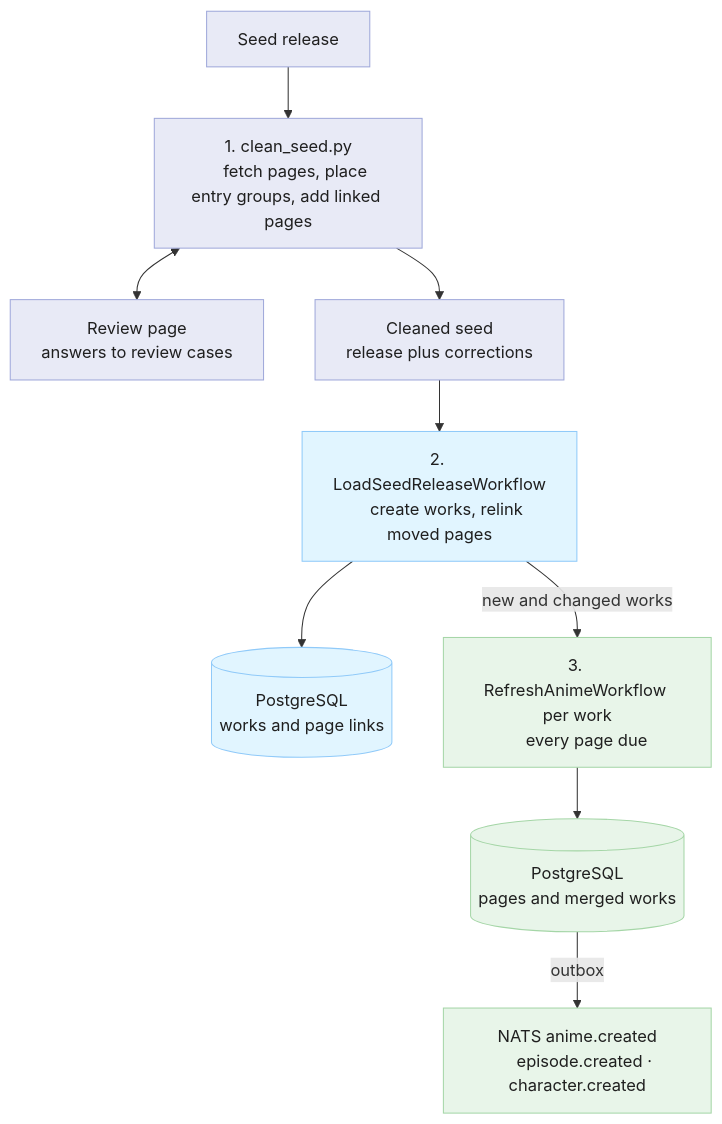
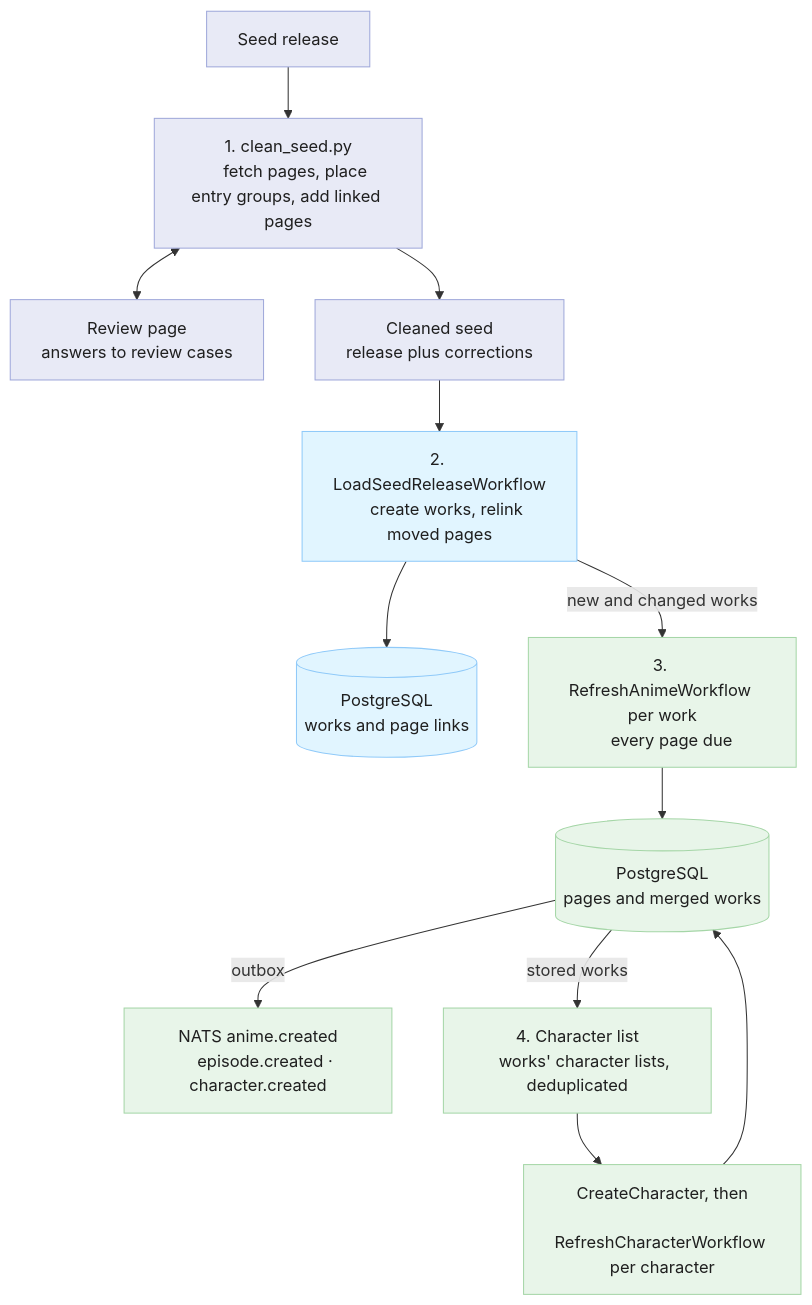
One commit to adnanaq/echora changed the diagram in docs/architecture/ingestion_pipeline.md. Above: the diagram before and after it, drawn with Mermaid. The commit also changed other lines of this file and 86 other files, not shown here.

````diff
--- a/docs/architecture/ingestion_pipeline.md
+++ b/docs/architecture/ingestion_pipeline.md
@@ -34,36 +35,43 @@
 ```mermaid
 flowchart TD
     seed["Seed release"]
     cleaning["1. clean_seed.py
     fetch pages, place entry groups, add linked pages"]
     review["Review page
     answers to review cases"]
     cleaned["Cleaned seed
     release plus corrections"]
     seedwf["2. LoadSeedReleaseWorkflow
     create works, relink moved pages"]
     links[("PostgreSQL
     works and page links")]
     refresh["3. RefreshAnimeWorkflow per work
     every page due"]
     saved[("PostgreSQL
     pages and merged works")]
     events["NATS anime.created
     episode.created · character.created"]
+    charlist["4. Character list
+    works' character lists, deduplicated"]
+    charload["CreateCharacter, then
+    RefreshCharacterWorkflow per character"]
 
     seed --> cleaning
     cleaning <--> review
     cleaning --> cleaned
     cleaned --> seedwf
     seedwf --> links
     seedwf -->|new and changed works| refresh
     refresh --> saved
+    saved -->|stored works| charlist
+    charlist --> charload
+    charload --> saved
     saved -->|outbox| events
 
     classDef clean fill:#e8eaf6,stroke:#9fa8da,color:#1f1f1f
     classDef load fill:#e1f5ff,stroke:#90caf9,color:#1f1f1f
     classDef enrich fill:#e8f5e9,stroke:#a5d6a7,color:#1f1f1f
     class seed,cleaning,review,cleaned clean
     class seedwf,links load
-    class refresh,saved,events enrich
+    class refresh,saved,events,charlist,charload enrich
 ```
````
